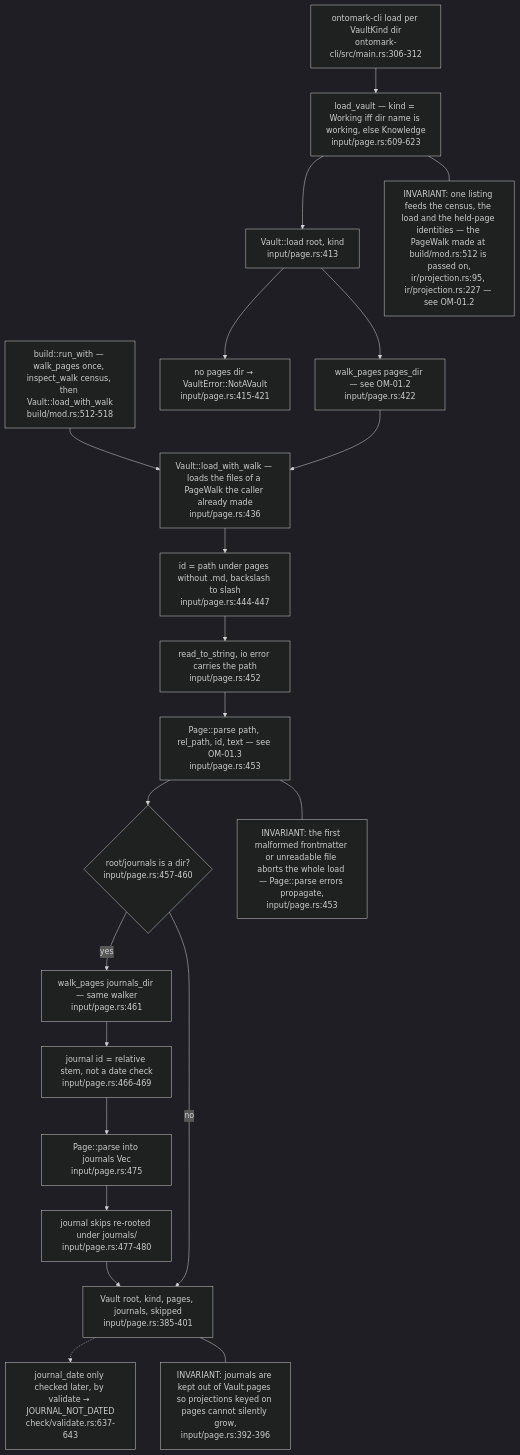
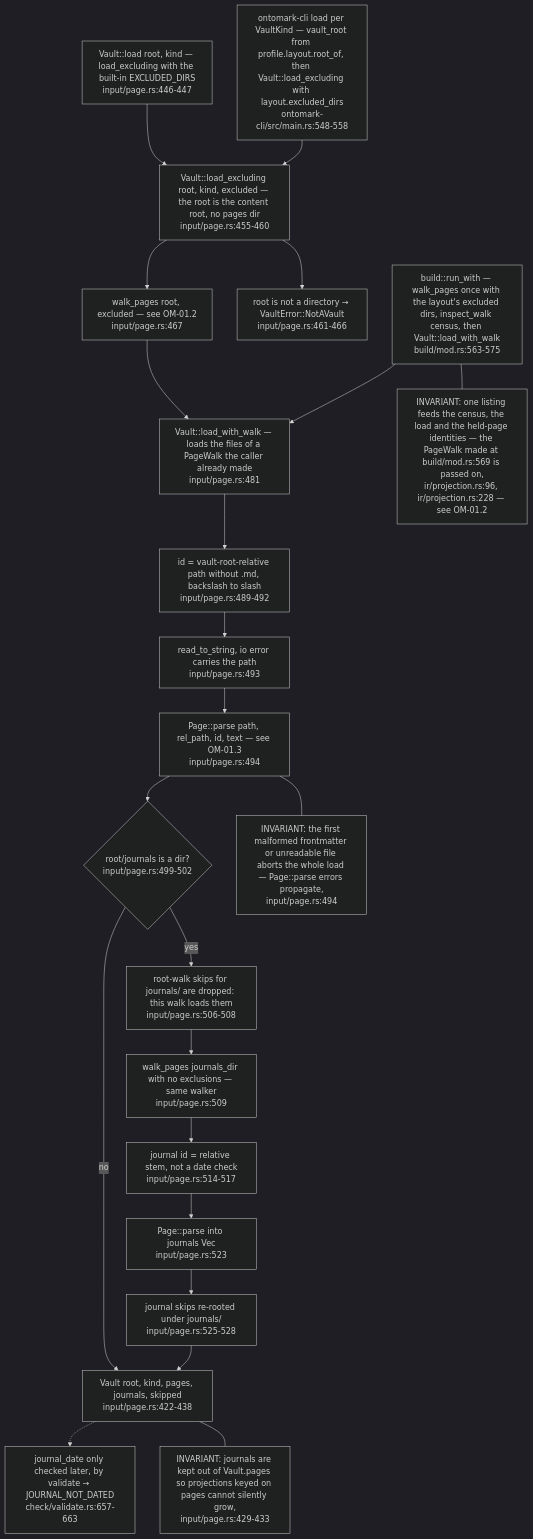
The first of 6 diagrams in docs/diagrams/ontomark/01-input-layer-vault-pages-and-gates.md (DreamLab-AI/VisionFlow), drawn with Mermaid (dark theme) before and after one commit. The commit also changed other lines of this file and 160 other files, not shown here.

````diff
--- a/docs/diagrams/ontomark/01-input-layer-vault-pages-and-gates.md
+++ b/docs/diagrams/ontomark/01-input-layer-vault-pages-and-gates.md
@@ -44,33 +44,34 @@
 ```mermaid
 flowchart TD
-    CLI["ontomark-cli load per VaultKind dir<br/>ontomark-cli/src/main.rs:306-312"]
-    BUILD["build::run_with — walk_pages once, inspect_walk census, then Vault::load_with_walk<br/>build/mod.rs:512-518"]
-    LOADW["Vault::load_with_walk — loads the files of a PageWalk the caller already made<br/>input/page.rs:436"]
-    LV["load_vault — kind = Working iff dir name is working, else Knowledge<br/>input/page.rs:609-623"]
-    LOAD["Vault::load root, kind<br/>input/page.rs:413"]
-    NOPAGES["no pages dir → VaultError::NotAVault<br/>input/page.rs:415-421"]
-    WALK["walk_pages pages_dir — see OM-01.2<br/>input/page.rs:422"]
-    ID["id = path under pages without .md, backslash to slash<br/>input/page.rs:444-447"]
-    READ["read_to_string, io error carries the path<br/>input/page.rs:452"]
-    PARSE["Page::parse path, rel_path, id, text — see OM-01.3<br/>input/page.rs:453"]
-    JDIR{"root/journals is a dir?<br/>input/page.rs:457-460"}
-    JWALK["walk_pages journals_dir — same walker<br/>input/page.rs:461"]
-    JID["journal id = relative stem, not a date check<br/>input/page.rs:466-469"]
-    JPARSE["Page::parse into journals Vec<br/>input/page.rs:475"]
-    JSKIP["journal skips re-rooted under journals/<br/>input/page.rs:477-480"]
-    VAULT["Vault root, kind, pages, journals, skipped<br/>input/page.rs:385-401"]
-    JDATE["journal_date only checked later, by validate → JOURNAL_NOT_DATED<br/>check/validate.rs:637-643"]
-    CLI --> LV
+    CLI["ontomark-cli load per VaultKind — vault_root from profile.layout.root_of, then Vault::load_excluding with layout.excluded_dirs<br/>ontomark-cli/src/main.rs:548-558"]
+    BUILD["build::run_with — walk_pages once with the layout's excluded dirs, inspect_walk census, then Vault::load_with_walk<br/>build/mod.rs:563-575"]
+    LOADW["Vault::load_with_walk — loads the files of a PageWalk the caller already made<br/>input/page.rs:481"]
+    LOAD["Vault::load root, kind — load_excluding with the built-in EXCLUDED_DIRS<br/>input/page.rs:446-447"]
+    LOADX["Vault::load_excluding root, kind, excluded — the root is the content root, no pages dir<br/>input/page.rs:455-460"]
+    NOTDIR["root is not a directory → VaultError::NotAVault<br/>input/page.rs:461-466"]
+    WALK["walk_pages root, excluded — see OM-01.2<br/>input/page.rs:467"]
+    ID["id = vault-root-relative path without .md, backslash to slash<br/>input/page.rs:489-492"]
+    READ["read_to_string, io error carries the path<br/>input/page.rs:493"]
+    PARSE["Page::parse path, rel_path, id, text — see OM-01.3<br/>input/page.rs:494"]
+    JDIR{"root/journals is a dir?<br/>input/page.rs:499-502"}
+    JRETAIN["root-walk skips for journals/ are dropped: this walk loads them<br/>input/page.rs:506-508"]
+    JWALK["walk_pages journals_dir with no exclusions — same walker<br/>input/page.rs:509"]
+    JID["journal id = relative stem, not a date check<br/>input/page.rs:514-517"]
+    JPARSE["Page::parse into journals Vec<br/>input/page.rs:523"]
+    JSKIP["journal skips re-rooted under journals/<br/>input/page.rs:525-528"]
+    VAULT["Vault root, kind, pages, journals, skipped<br/>input/page.rs:422-438"]
+    JDATE["journal_date only checked later, by validate → JOURNAL_NOT_DATED<br/>check/validate.rs:657-663"]
+    CLI --> LOADX
     BUILD --> LOADW
-    LV --> LOAD --> NOPAGES
-    LOAD --> WALK --> LOADW --> ID --> READ --> PARSE --> JDIR
-    JDIR -- yes --> JWALK --> JID --> JPARSE --> JSKIP --> VAULT
+    LOAD --> LOADX --> NOTDIR
+    LOADX --> WALK --> LOADW --> ID --> READ --> PARSE --> JDIR
+    JDIR -- yes --> JRETAIN --> JWALK --> JID --> JPARSE --> JSKIP --> VAULT
     JDIR -- no --> VAULT
     VAULT -.-> JDATE
-    note1["INVARIANT: journals are kept out of Vault.pages so projections keyed on pages cannot silently grow,<br/>input/page.rs:392-396"]
-    note2["INVARIANT: the first malformed frontmatter or unreadable file aborts the whole load — Page::parse errors propagate,<br/>input/page.rs:453"]
-    note3["INVARIANT: one listing feeds the census, the load and the held-page identities — the PageWalk made at build/mod.rs:512 is passed on,<br/>ir/projection.rs:95, ir/projection.rs:227 — see OM-01.2"]
+    note1["INVARIANT: journals are kept out of Vault.pages so projections keyed on pages cannot silently grow,<br/>input/page.rs:429-433"]
+    note2["INVARIANT: the first malformed frontmatter or unreadable file aborts the whole load — Page::parse errors propagate,<br/>input/page.rs:494"]
+    note3["INVARIANT: one listing feeds the census, the load and the held-page identities — the PageWalk made at build/mod.rs:569 is passed on,<br/>ir/projection.rs:96, ir/projection.rs:228 — see OM-01.2"]
     VAULT --- note1
     PARSE --- note2
-    LV --- note3
+    BUILD --- note3
 ```
````
